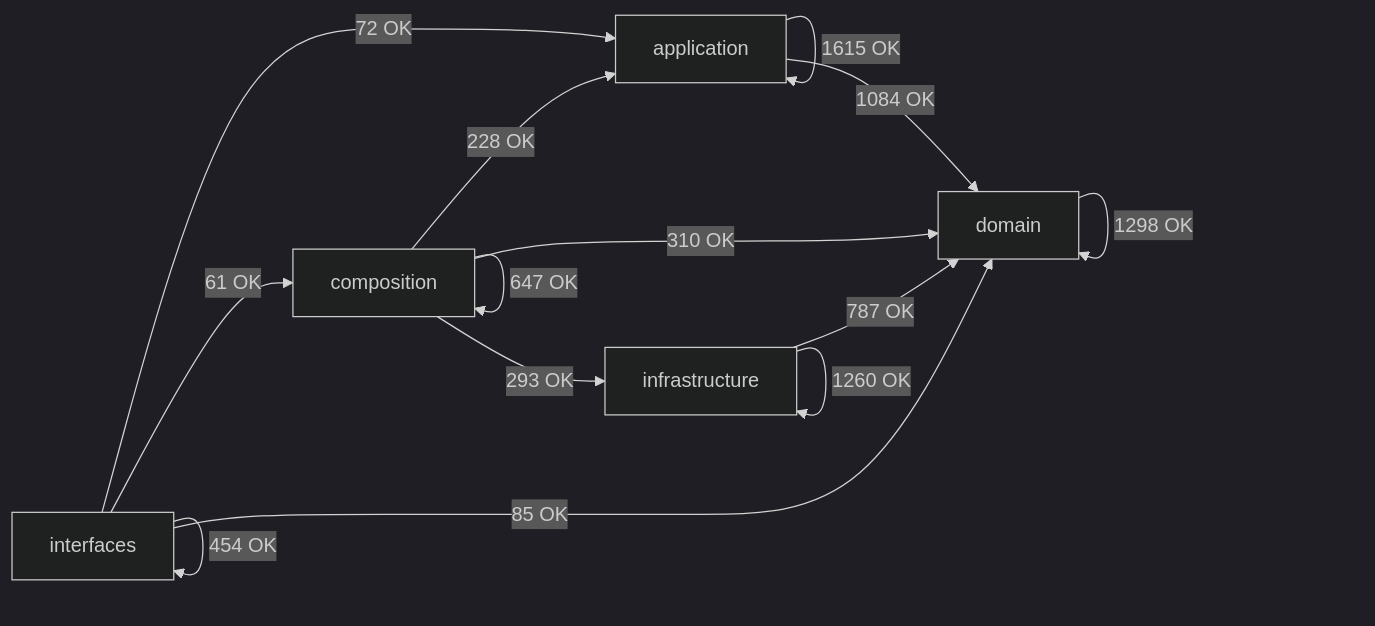
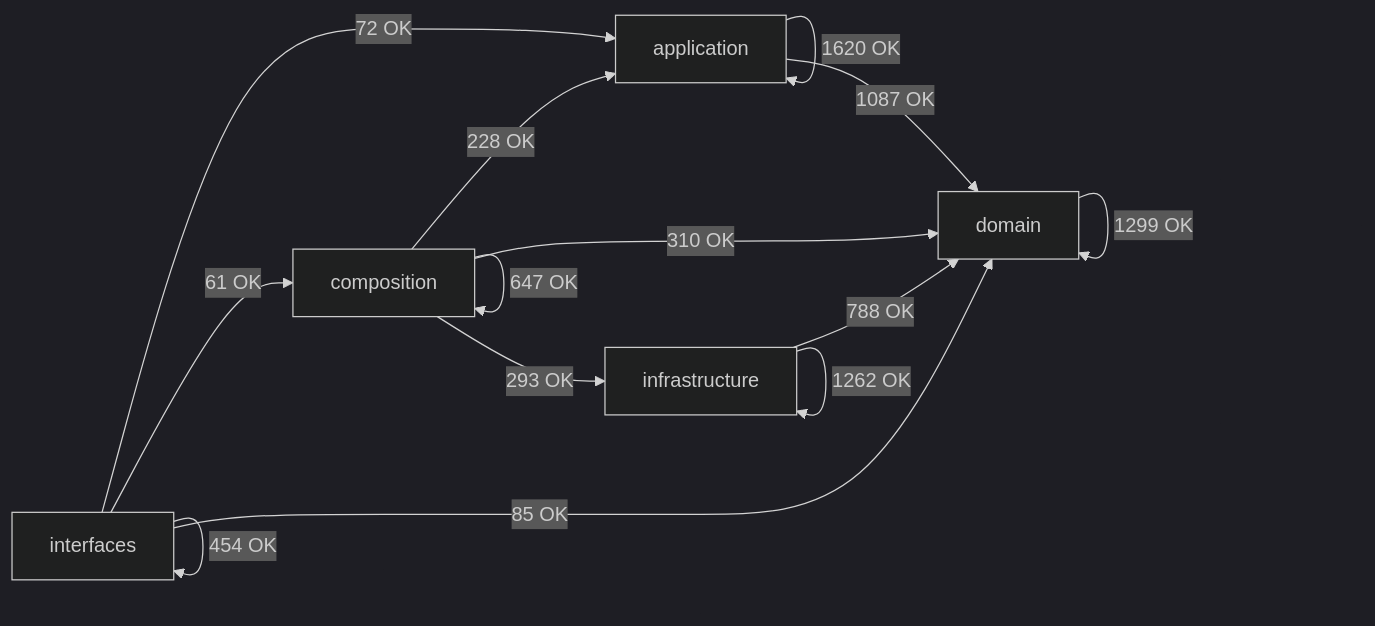
The diagram in docs/02-architecture/generated/module-dependency-map.md (SatoryKono/BioactivityDataAcquisition), drawn with Mermaid (dark theme) before and after one commit. The commit also changed other lines of this file and 21 other files, not shown here.

````diff
--- a/docs/02-architecture/generated/module-dependency-map.md
+++ b/docs/02-architecture/generated/module-dependency-map.md
@@ -17,21 +17,21 @@
 ```mermaid
 flowchart LR
     domain[domain]
     application[application]
     infrastructure[infrastructure]
     composition[composition]
     interfaces[interfaces]
-    application -->|1615 OK| application
-    application -->|1084 OK| domain
+    application -->|1620 OK| application
+    application -->|1087 OK| domain
     composition -->|228 OK| application
     composition -->|647 OK| composition
     composition -->|310 OK| domain
     composition -->|293 OK| infrastructure
-    domain -->|1298 OK| domain
-    infrastructure -->|787 OK| domain
-    infrastructure -->|1260 OK| infrastructure
+    domain -->|1299 OK| domain
+    infrastructure -->|788 OK| domain
+    infrastructure -->|1262 OK| infrastructure
     interfaces -->|72 OK| application
     interfaces -->|61 OK| composition
     interfaces -->|85 OK| domain
     interfaces -->|454 OK| interfaces
 ```
````
